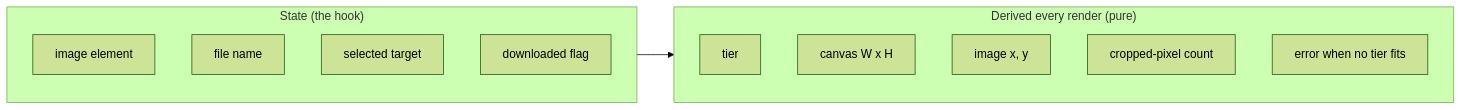
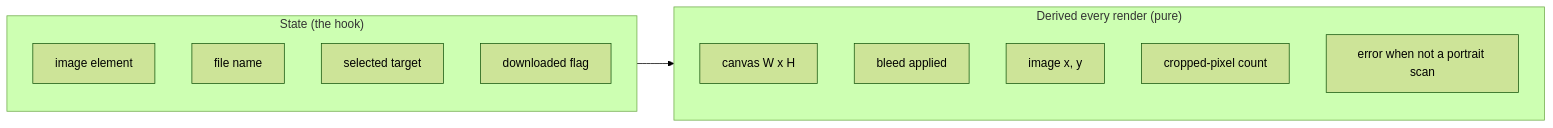
One commit to alfredskeden/mpctools changed the fourth of 5 diagrams in plans/implan-scryfall-scan-padder/MENTAL_MODEL.md. Above: the diagram before and after it, drawn with Mermaid (forest theme). The commit also changed other lines of this file and 10 other files, not shown here.

````diff
--- a/plans/implan-scryfall-scan-padder/MENTAL_MODEL.md
+++ b/plans/implan-scryfall-scan-padder/MENTAL_MODEL.md
@@ -75,17 +87,17 @@
 ```mermaid
 flowchart LR
   subgraph ST["State (the hook)"]
     s1["image element"]
     s2["file name"]
     s3["selected target"]
     s4["downloaded flag"]
   end
   subgraph DR["Derived every render (pure)"]
-    d1["tier"]
-    d2["canvas W x H"]
+    d1["canvas W x H"]
+    d2["bleed applied"]
     d3["image x, y"]
     d4["cropped-pixel count"]
-    d5["error when no tier fits"]
+    d5["error when not a portrait scan"]
   end
   ST --> DR
 ```
````
